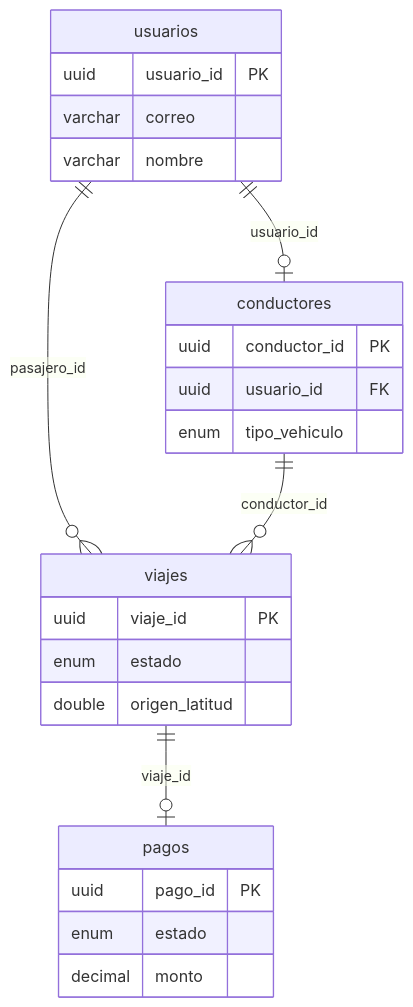
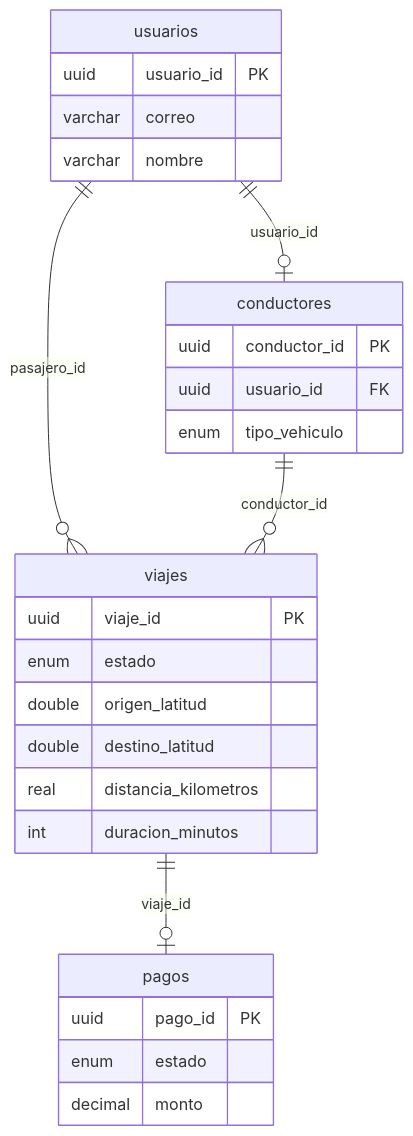
One commit to max-saravia-moreira/tpo_ingenieria_datos_2 changed the diagram in .cursor/plans/seed_postgresql_uber_373b83a0.plan.md. Above: the diagram before and after it, drawn with Mermaid. The commit also changed other lines of this file and 3 other files, not shown here.

````diff
--- a/.cursor/plans/seed_postgresql_uber_373b83a0.plan.md
+++ b/.cursor/plans/seed_postgresql_uber_373b83a0.plan.md
@@ -163,28 +181,31 @@
 ```mermaid
 erDiagram
     usuarios ||--o| conductores : "usuario_id"
     usuarios ||--o{ viajes : "pasajero_id"
     conductores ||--o{ viajes : "conductor_id"
     viajes ||--o| pagos : "viaje_id"
 
     usuarios {
         uuid usuario_id PK
         varchar correo
         varchar nombre
     }
     conductores {
         uuid conductor_id PK
         uuid usuario_id FK
         enum tipo_vehiculo
     }
     viajes {
         uuid viaje_id PK
         enum estado
         double origen_latitud
+        double destino_latitud
+        real distancia_kilometros
+        int duracion_minutos
     }
     pagos {
         uuid pago_id PK
         enum estado
         decimal monto
     }
 ```
````
